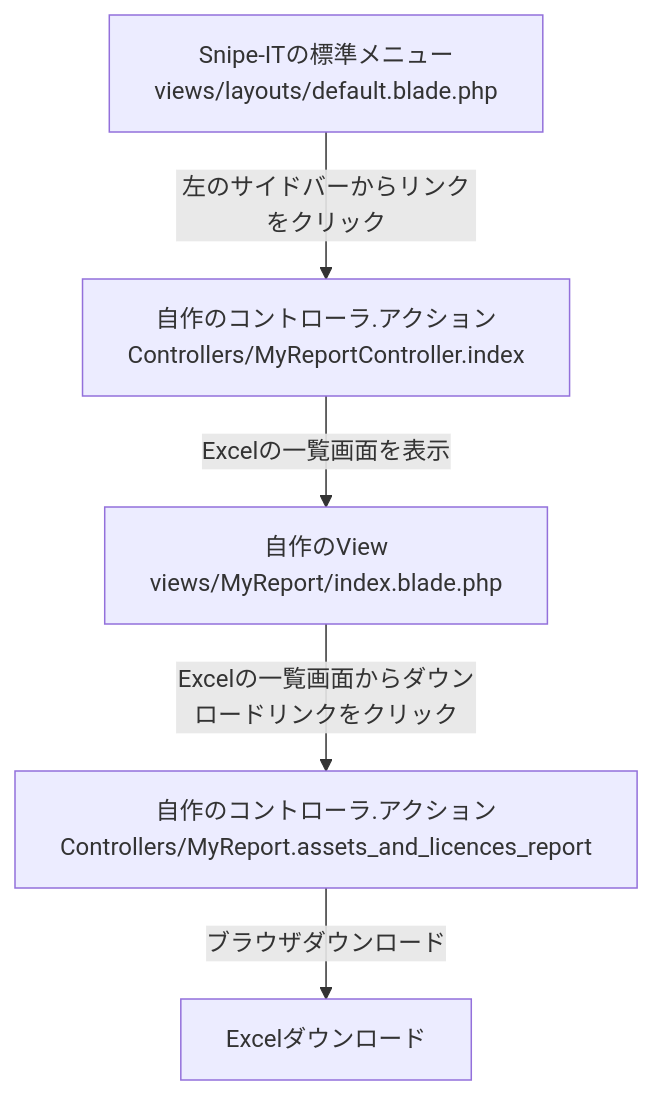
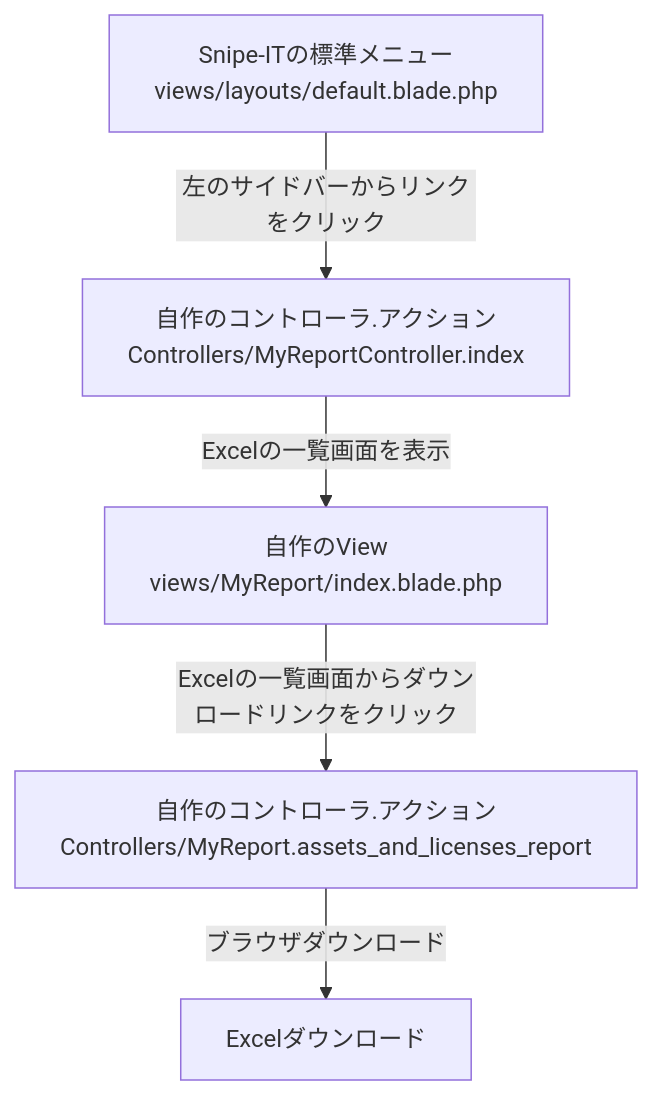
Before and after one commit to chiku-wa/Snipe-IT_Customize: the first of 4 diagrams in README.md, drawn with Mermaid. The commit also changed other lines of this file, not shown here.

````diff
--- a/README.md
+++ b/README.md
@@ -38,8 +38,8 @@
 ```mermaid
 graph TD;
     %% 自作Viewへの導線
     menu[Snipe-ITの標準メニュー<br>views/layouts/default.blade.php] -->|左のサイドバーからリンクをクリック|custom_controller_index[自作のコントローラ.アクション<br/>Controllers/MyReportController.index]-->|Excelの一覧画面を表示|custom_view[自作のView<br/>views/MyReport/index.blade.php];
 
     %%  自作ViewからExcelダウンロードへの導線
-    custom_view-->|Excelの一覧画面からダウンロードリンクをクリック|custom_controller_[自作のコントローラ.アクション<br/>Controllers/MyReport.assets_and_licences_report]-->|ブラウザダウンロード|dl_excel[Excelダウンロード];
+    custom_view-->|Excelの一覧画面からダウンロードリンクをクリック|custom_controller_[自作のコントローラ.アクション<br/>Controllers/MyReport.assets_and_licenses_report]-->|ブラウザダウンロード|dl_excel[Excelダウンロード];
 ```
````
